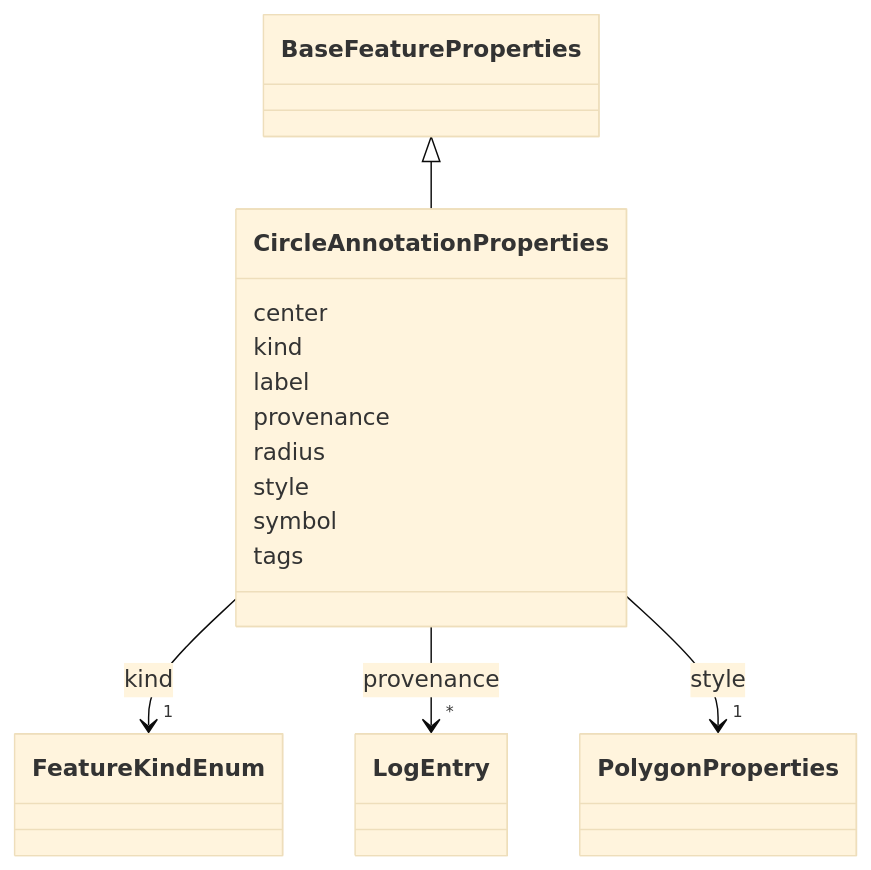
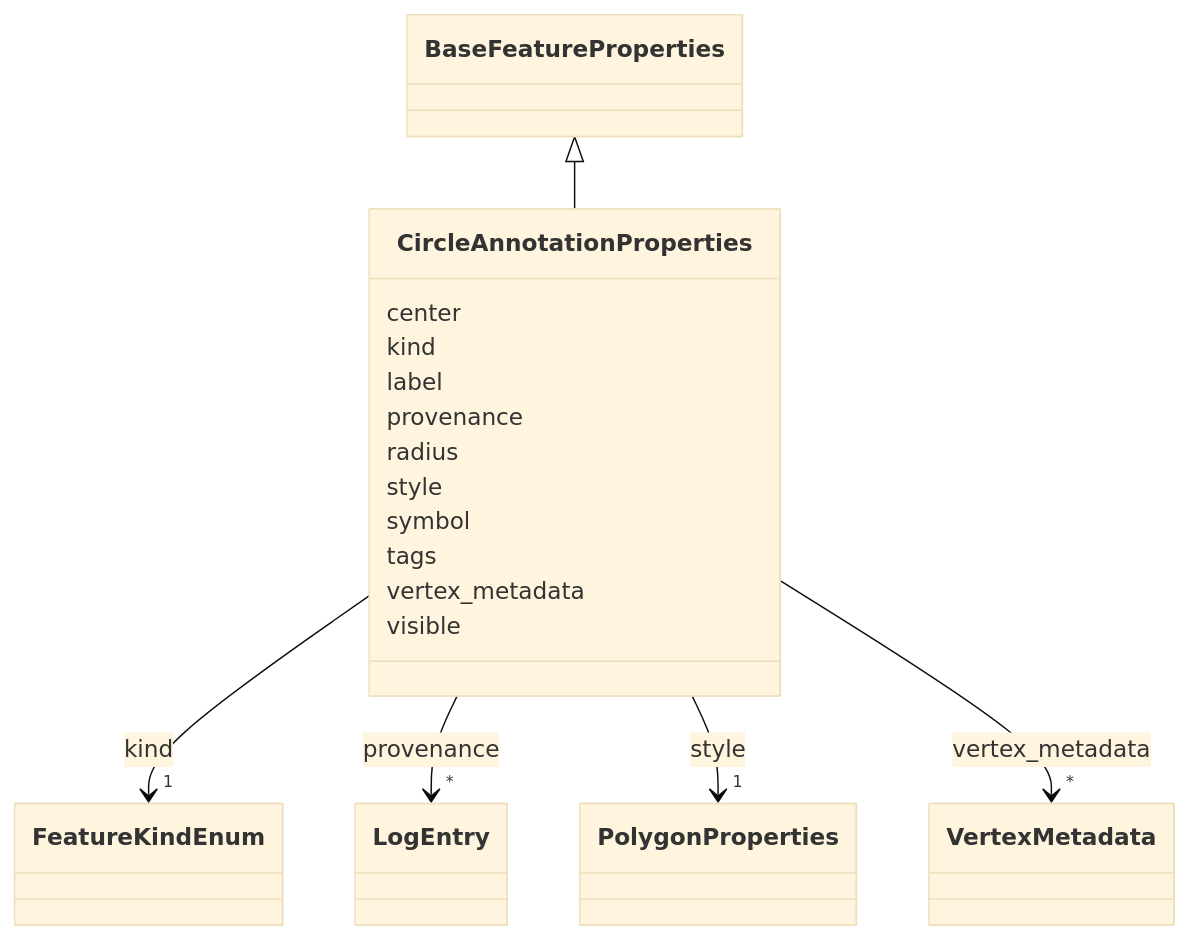
The diagram in schema-docs-md/classes/CircleAnnotationProperties.md (debrief/debrief-future), drawn with Mermaid (base theme) before and after one commit. The commit also changed other lines of this file and 238 other files, not shown here.

````diff
--- a/schema-docs-md/classes/CircleAnnotationProperties.md
+++ b/schema-docs-md/classes/CircleAnnotationProperties.md
@@ -19,52 +19,65 @@
 ```mermaid
  classDiagram
     class CircleAnnotationProperties
     click CircleAnnotationProperties href "../../classes/CircleAnnotationProperties/"
       BaseFeatureProperties <|-- CircleAnnotationProperties
         click BaseFeatureProperties href "../../classes/BaseFeatureProperties/"
       
       CircleAnnotationProperties : center
         
       CircleAnnotationProperties : kind
         
           
     
         
         
         CircleAnnotationProperties --> "1" FeatureKindEnum : kind
         click FeatureKindEnum href "../../enums/FeatureKindEnum/"
     
 
         
       CircleAnnotationProperties : label
         
       CircleAnnotationProperties : provenance
         
           
     
         
         
         CircleAnnotationProperties --> "*" LogEntry : provenance
         click LogEntry href "../../classes/LogEntry/"
     
 
         
       CircleAnnotationProperties : radius
         
       CircleAnnotationProperties : style
         
           
     
         
         
         CircleAnnotationProperties --> "1" PolygonProperties : style
         click PolygonProperties href "../../classes/PolygonProperties/"
     
 
         
       CircleAnnotationProperties : symbol
         
       CircleAnnotationProperties : tags
         
+      CircleAnnotationProperties : vertex_metadata
+        
+          
+    
+        
+        
+        CircleAnnotationProperties --> "*" VertexMetadata : vertex_metadata
+        click VertexMetadata href "../../classes/VertexMetadata/"
+    
+
+        
+      CircleAnnotationProperties : visible
+        
       
 ```
````
